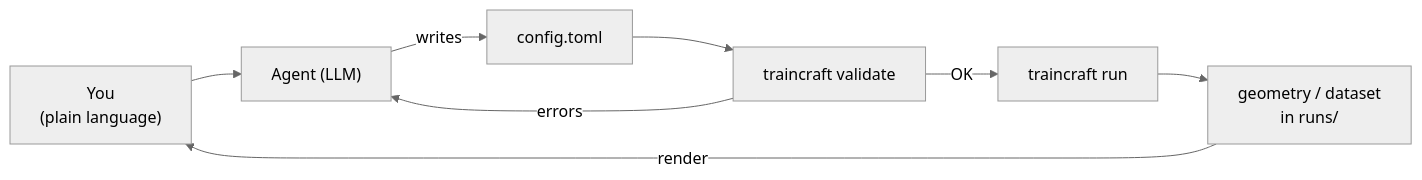
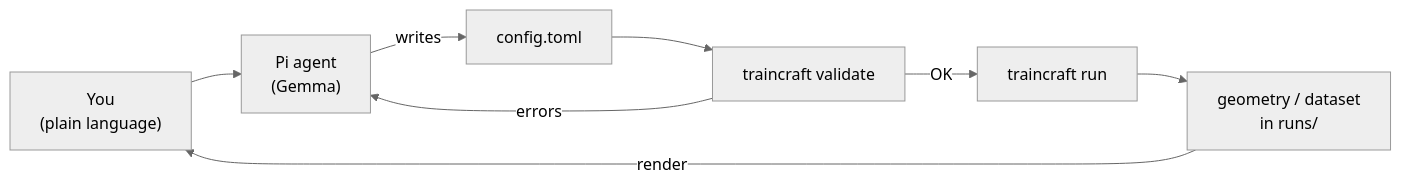
Before and after one commit to basillicus/traincraft: the diagram in docs/tutorials/11-ai-agent.md, drawn with Mermaid (neutral theme). The commit also changed other lines of this file and 1 other file, not shown here.

Commit message:
docs(tutorial-11): rewrite around the Pi agent + gemma4-31b-it (install, models.json, skill install) instead of a homegrown OpenRouter loop

````diff
--- a/docs/tutorials/11-ai-agent.md
+++ b/docs/tutorials/11-ai-agent.md
@@ -37,10 +35,10 @@
 ```mermaid
 graph LR
-    U["You<br/>(plain language)"] --> A["Agent (LLM)"]
-    A -->|writes| C["config.toml"]
+    U["You<br/>(plain language)"] --> P["Pi agent<br/>(Gemma)"]
+    P -->|writes| C["config.toml"]
     C --> V["traincraft validate"]
-    V -->|errors| A
+    V -->|errors| P
     V -->|OK| R["traincraft run"]
     R --> G["geometry / dataset<br/>in runs/"]
     G -->|render| U
 ```
````
